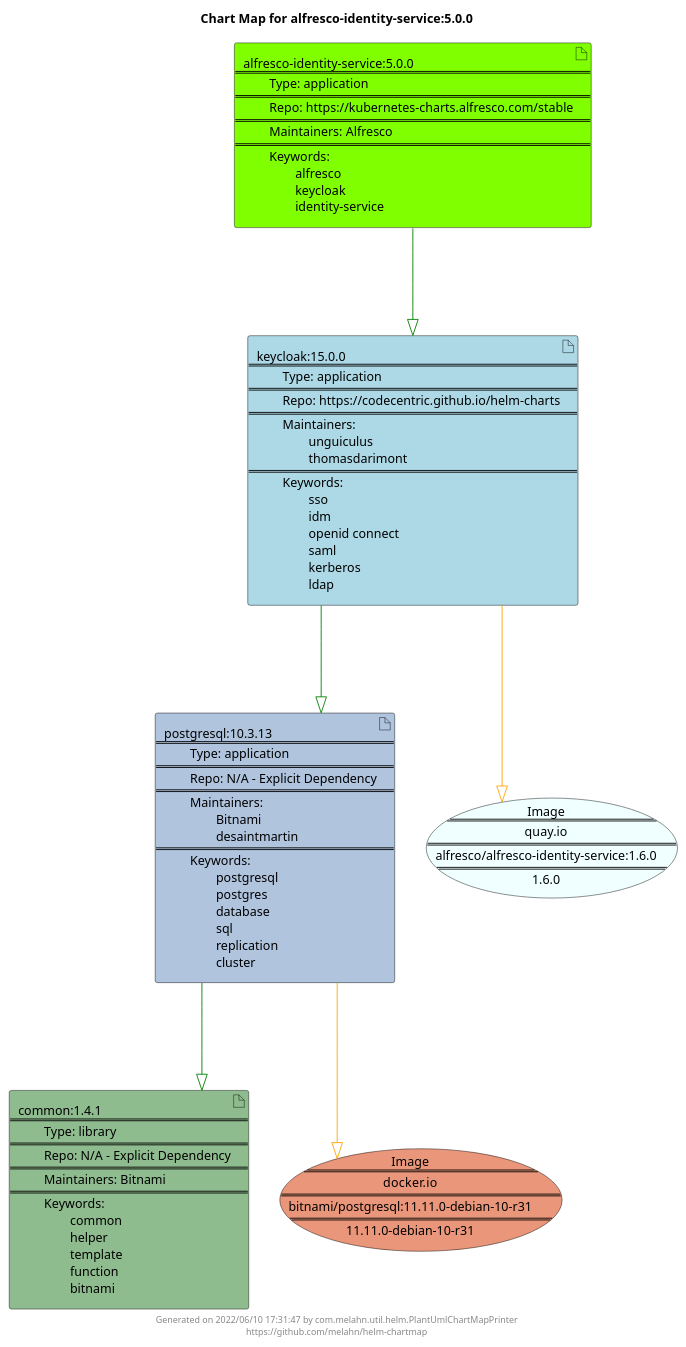
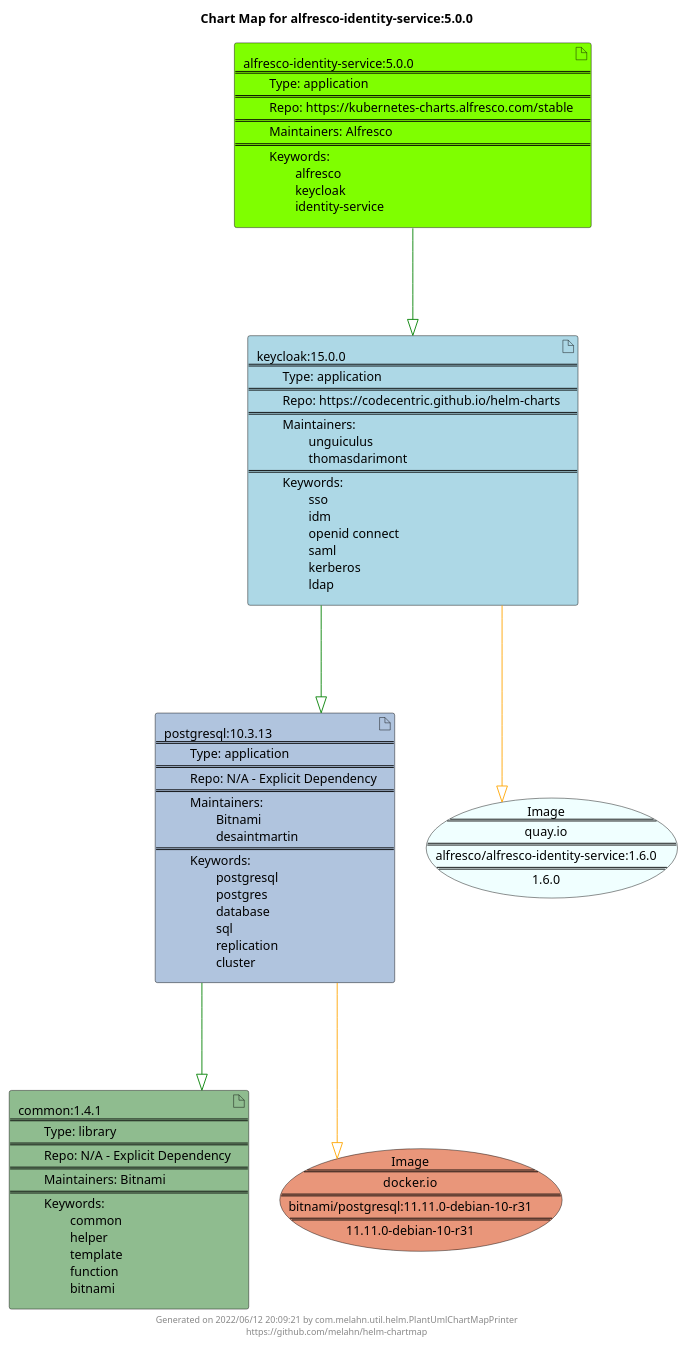
Before and after one commit to melahn/helm-chartmap: the diagram in docs/alfresco-identity-service/alfresco-identity-service-5.0.0.puml, drawn with PlantUML. The commit also changed 59 other files, not shown here.

Commit message:
Update Example Chart Maps as part of GitHub build

```diff
--- a/docs/alfresco-identity-service/alfresco-identity-service-5.0.0.puml
+++ b/docs/alfresco-identity-service/alfresco-identity-service-5.0.0.puml
@@ -1,29 +1,29 @@
 @startuml
 skinparam linetype ortho
 skinparam backgroundColor white
 skinparam usecaseBorderColor black
 skinparam usecaseArrowColor LightSlateGray
 skinparam artifactBorderColor black
 skinparam artifactArrowColor LightSlateGray
 
 title Chart Map for alfresco-identity-service:5.0.0
 
 'There are 4 referenced Helm Charts
 artifact "common:1.4.1\n====\n\tType: library\n====\n\tRepo: N/A - Explicit Dependency\n====\n\tMaintainers: Bitnami\n====\n\tKeywords: \n\t\tcommon\n\t\thelper\n\t\ttemplate\n\t\tfunction\n\t\tbitnami" as common_1_4_1 #DarkSeaGreen
 artifact "alfresco-identity-service:5.0.0\n====\n\tType: application\n====\n\tRepo: https://kubernetes-charts.alfresco.com/stable\n====\n\tMaintainers: Alfresco\n====\n\tKeywords: \n\t\talfresco\n\t\tkeycloak\n\t\tidentity-service" as alfresco_identity_service_5_0_0 #Chartreuse
 artifact "postgresql:10.3.13\n====\n\tType: application\n====\n\tRepo: N/A - Explicit Dependency\n====\n\tMaintainers: \n\t\tBitnami\n\t\tdesaintmartin\n====\n\tKeywords: \n\t\tpostgresql\n\t\tpostgres\n\t\tdatabase\n\t\tsql\n\t\treplication\n\t\tcluster" as postgresql_10_3_13 #LightSteelBlue
 artifact "keycloak:15.0.0\n====\n\tType: application\n====\n\tRepo: https://codecentric.github.io/helm-charts\n====\n\tMaintainers: \n\t\tunguiculus\n\t\tthomasdarimont\n====\n\tKeywords: \n\t\tsso\n\t\tidm\n\t\topenid connect\n\t\tsaml\n\t\tkerberos\n\t\tldap" as keycloak_15_0_0 #LightBlue
 
 'There are 2 referenced Docker Images
 usecase "Image\n====\nquay.io\n====\nalfresco/alfresco-identity-service:1.6.0\n====\n1.6.0" as quay_io_alfresco_alfresco_identity_service_1_6_0 #Azure
 usecase "Image\n====\ndocker.io\n====\nbitnami/postgresql:11.11.0-debian-10-r31\n====\n11.11.0-debian-10-r31" as docker_io_bitnami_postgresql_11_11_0_debian_10_r31 #DarkSalmon
 
 'Chart Dependencies
 alfresco_identity_service_5_0_0--[#green]-|>keycloak_15_0_0
 keycloak_15_0_0--[#green]-|>postgresql_10_3_13
 postgresql_10_3_13--[#green]-|>common_1_4_1
 postgresql_10_3_13--[#orange]-|>docker_io_bitnami_postgresql_11_11_0_debian_10_r31
 keycloak_15_0_0--[#orange]-|>quay_io_alfresco_alfresco_identity_service_1_6_0
 
-center footer Generated on 2022/06/10 17:31:47 by com.melahn.util.helm.PlantUmlChartMapPrinter\nhttps://github.com/melahn/helm-chartmap
+center footer Generated on 2022/06/12 20:09:21 by com.melahn.util.helm.PlantUmlChartMapPrinter\nhttps://github.com/melahn/helm-chartmap
 @enduml
```
